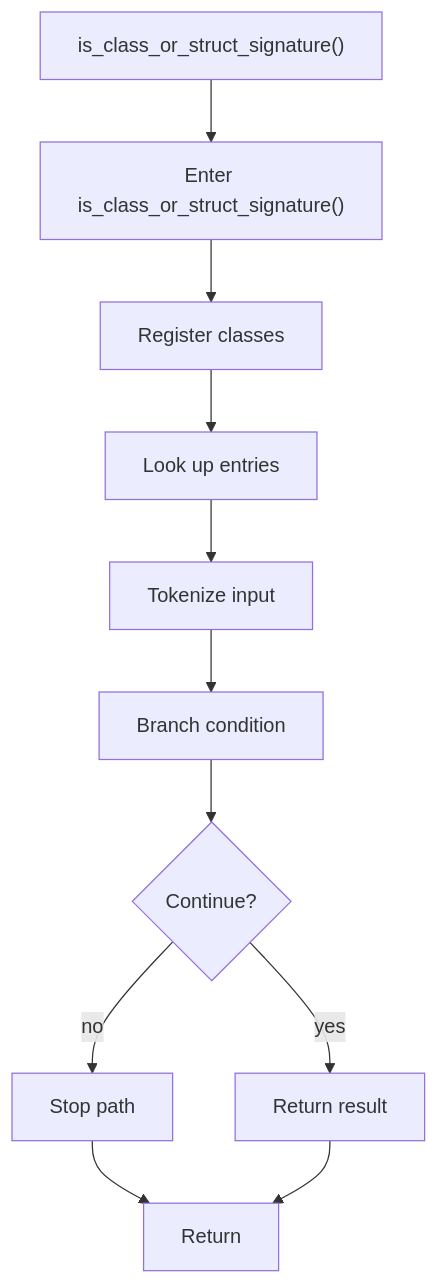
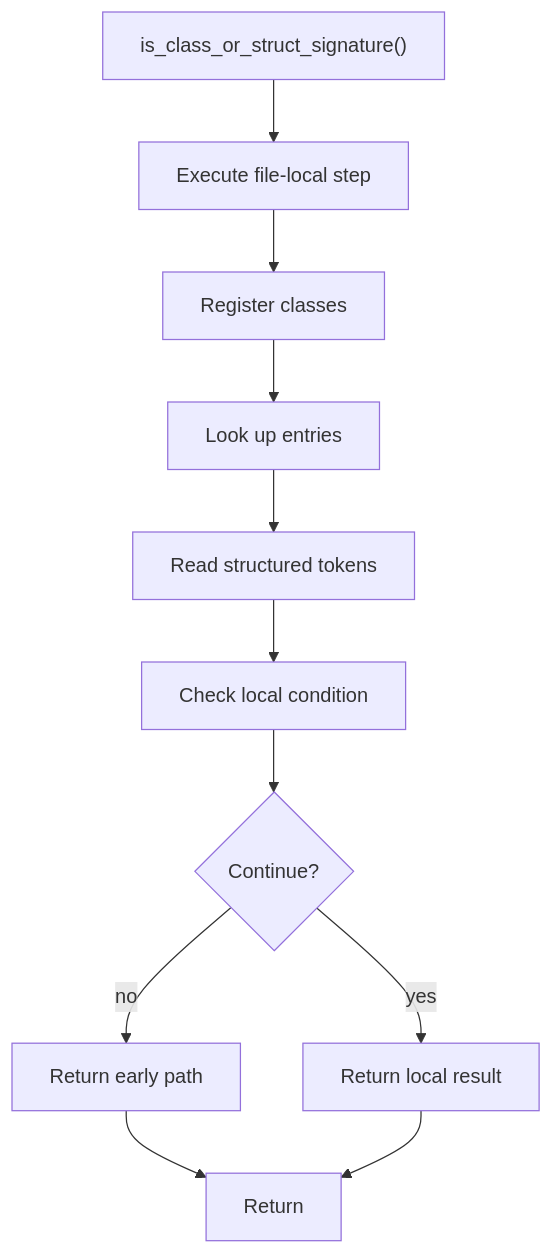
Before and after one commit to JohnAndrewBalbarosa/NeoTerritory: the diagram in docs/Codebase/Microservice/Modules/Source/Trees/ClassGeneration/Actual/Internal/Statement/Flow/functions/is_class_or_struct_signature.cpp.md, drawn with Mermaid. The commit also changed other lines of this file and 915 other files, not shown here.

````diff
--- a/docs/Codebase/Microservice/Modules/Source/Trees/ClassGeneration/Actual/Internal/Statement/Flow/functions/is_class_or_struct_signature.cpp.md
+++ b/docs/Codebase/Microservice/Modules/Source/Trees/ClassGeneration/Actual/Internal/Statement/Flow/functions/is_class_or_struct_signature.cpp.md
@@ -20,23 +20,23 @@
 ```mermaid
 flowchart TD
     Start["is_class_or_struct_signature()"]
-    N0["Enter is_class_or_struct_signature()"]
+    N0["Execute file-local step"]
     N1["Register classes"]
     N2["Look up entries"]
-    N3["Tokenize input"]
-    N4["Branch condition"]
+    N3["Read structured tokens"]
+    N4["Check local condition"]
     D4{"Continue?"}
-    R4["Stop path"]
-    N5["Return result"]
+    R4["Return early path"]
+    N5["Return local result"]
     End["Return"]
     Start --> N0
     N0 --> N1
     N1 --> N2
     N2 --> N3
     N3 --> N4
     N4 --> D4
     D4 -->|yes| N5
     D4 -->|no| R4
     R4 --> End
     N5 --> End
 ```
````
